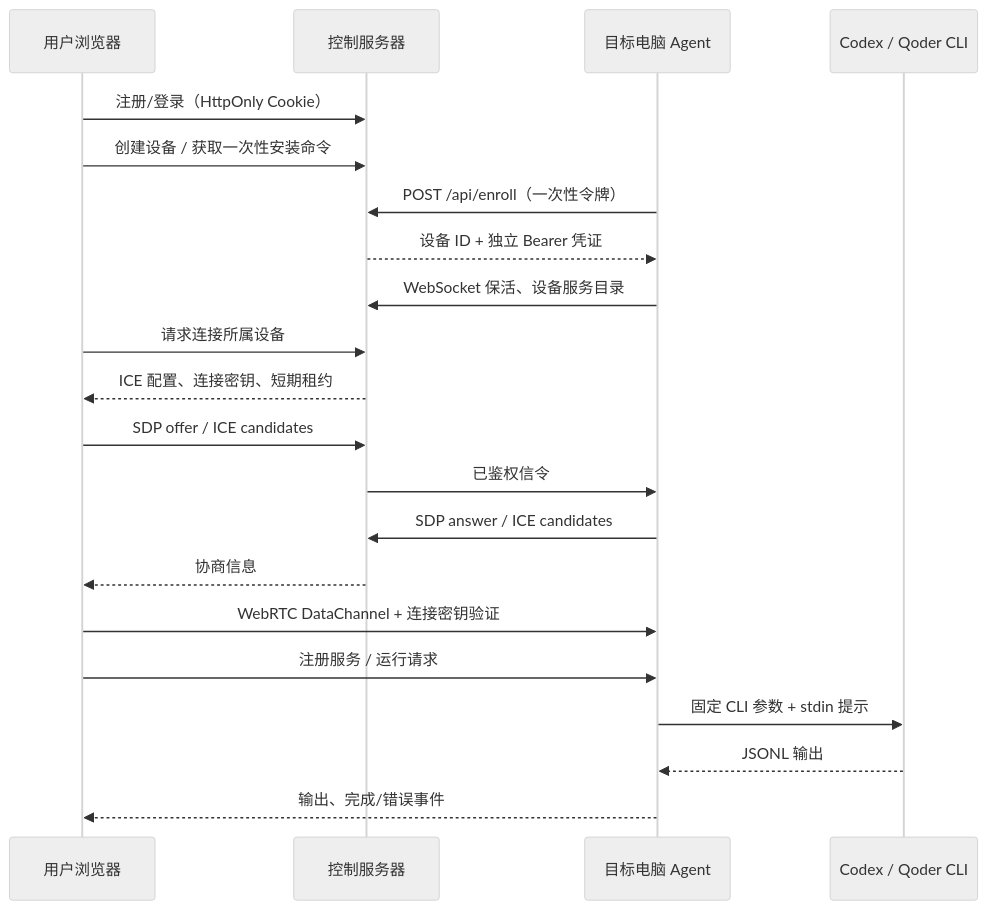
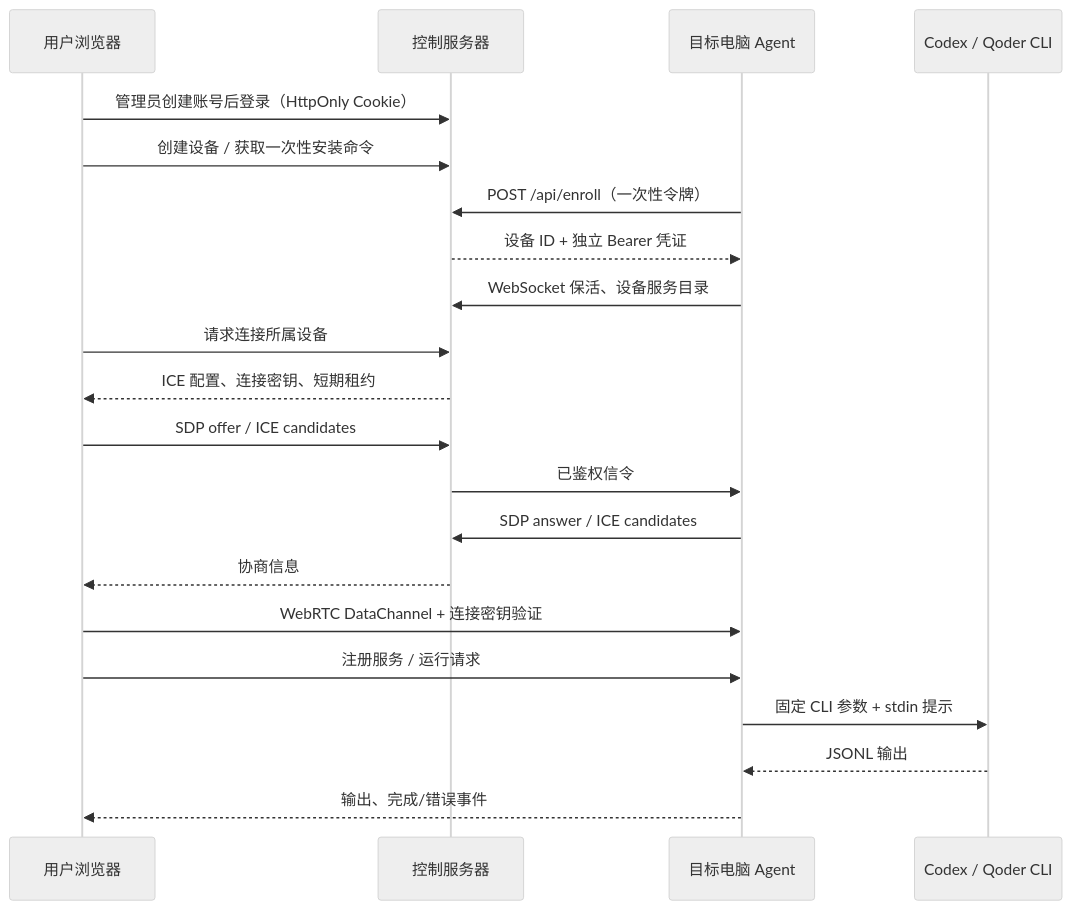
The first of 2 diagrams in docs/architecture.md (string1225/remote-agent-cli), drawn with Mermaid (neutral theme) before and after one commit. The commit also changed other lines of this file and 51 other files, not shown here.

````diff
--- a/docs/architecture.md
+++ b/docs/architecture.md
@@ -3,23 +3,23 @@
 ```mermaid
 sequenceDiagram
     participant W as 用户浏览器
     participant S as 控制服务器
     participant A as 目标电脑 Agent
     participant C as Codex / Qoder CLI
-    W->>S: 注册/登录（HttpOnly Cookie）
+    W->>S: 管理员创建账号后登录（HttpOnly Cookie）
     W->>S: 创建设备 / 获取一次性安装命令
     A->>S: POST /api/enroll（一次性令牌）
     S-->>A: 设备 ID + 独立 Bearer 凭证
     A->>S: WebSocket 保活、设备服务目录
     W->>S: 请求连接所属设备
     S-->>W: ICE 配置、连接密钥、短期租约
     W->>S: SDP offer / ICE candidates
     S->>A: 已鉴权信令
     A->>S: SDP answer / ICE candidates
     S-->>W: 协商信息
     W->>A: WebRTC DataChannel + 连接密钥验证
     W->>A: 注册服务 / 运行请求
     A->>C: 固定 CLI 参数 + stdin 提示
     C-->>A: JSONL 输出
     A-->>W: 输出、完成/错误事件
 ```
````
